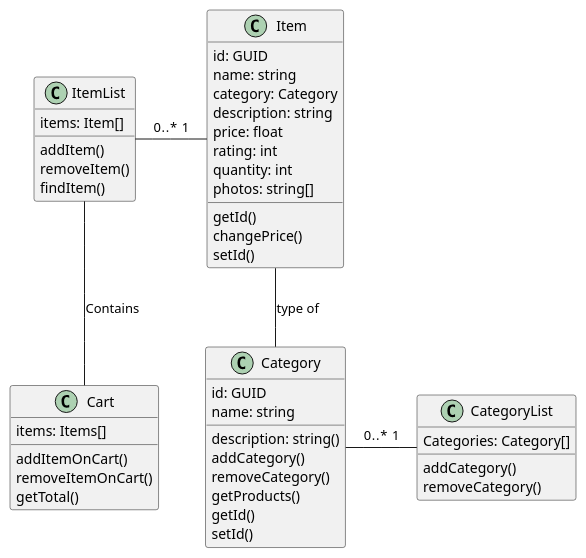
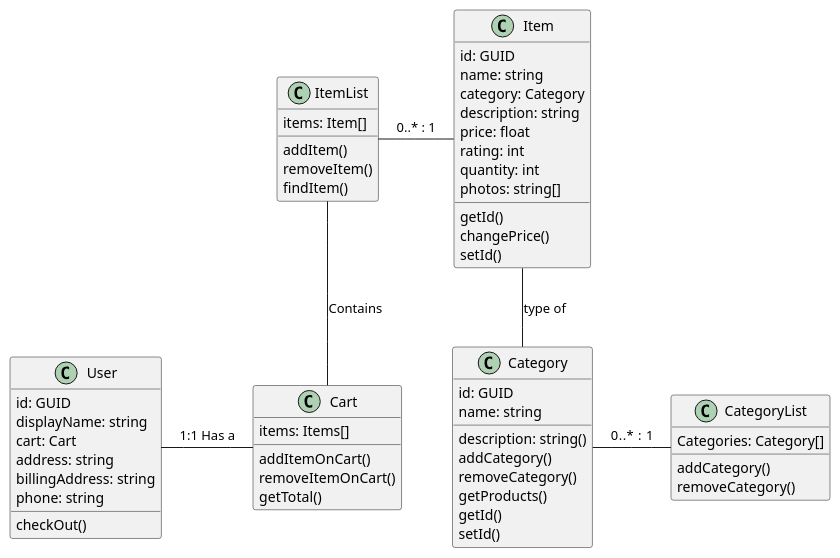
The diagram in Diagrams/shoemart.puml (naisu1412/ShoeMart), drawn with PlantUML before and after one commit. The commit also changed 45 other files, not shown here.

```diff
--- a/Diagrams/shoemart.puml
+++ b/Diagrams/shoemart.puml
@@ -1,51 +1,62 @@
 @startuml Shoemart
 class Item {
     id: GUID
     name: string
     category: Category
     description: string
     price: float
     rating: int
     quantity: int
     photos: string[]
     getId()
     changePrice()
     setId()
+}
+
+class User {
+    id: GUID
+    displayName: string
+    cart: Cart
+    address: string
+    billingAddress: string
+    phone: string
+    checkOut()
 }
 
 class ItemList {
     items: Item[]
     addItem()
     removeItem()
     findItem()
 }
 
 class Category {
     id: GUID
     name: string
     description: string()
     addCategory()
     removeCategory()
     getProducts()
     getId()
     setId()
 }
 
 class CategoryList {
     Categories: Category[]
     addCategory()
     removeCategory()
 }
 
 class Cart {
     items: Items[]
     addItemOnCart()
     removeItemOnCart()
     getTotal()
 }
 
 ItemList -- Cart: Contains
-ItemList - Item: 0..*  1
+ItemList - Item: 0..* : 1
 Item -- Category: type of
-Category - CategoryList: 0..*  1
+Category - CategoryList: 0..* :  1
+User - Cart: 1:1 Has a
 @enduml
```
